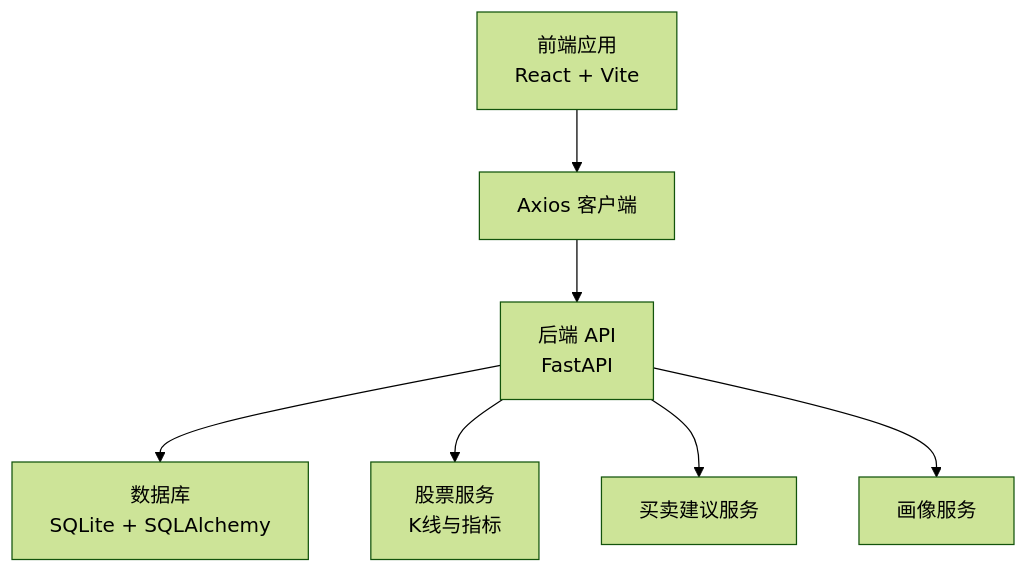
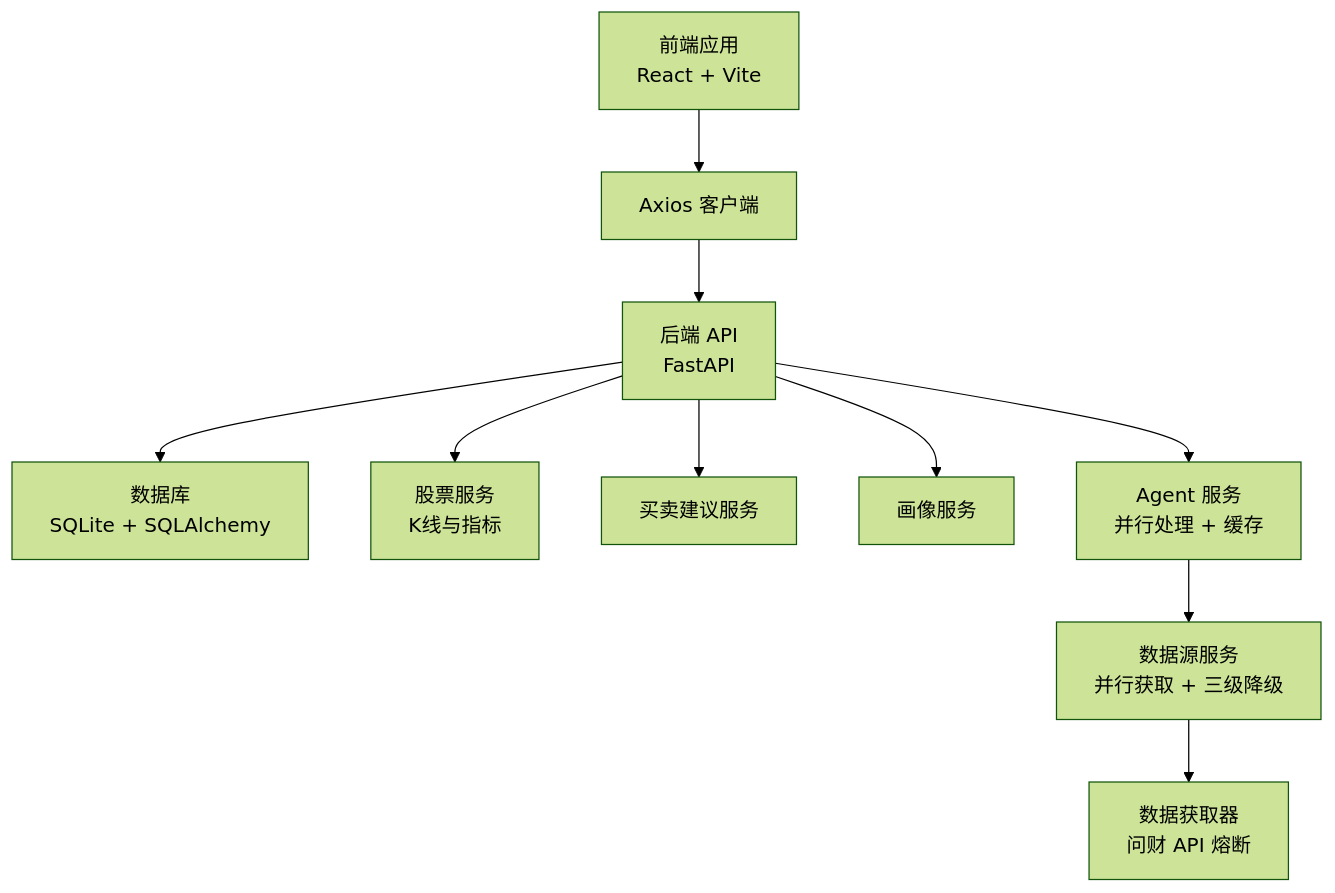
One commit to Moruime/stock_foker changed the first of 7 diagrams in .qoder/repowiki/zh/content/部署运维/性能优化.md. Above: the diagram before and after it, drawn with Mermaid (forest theme). The commit also changed other lines of this file and 22 other files, not shown here.

````diff
--- a/.qoder/repowiki/zh/content/部署运维/性能优化.md
+++ b/.qoder/repowiki/zh/content/部署运维/性能优化.md
@@ -49,9 +64,12 @@
 ```mermaid
 graph TB
 FE["前端应用<br/>React + Vite"] --> AX["Axios 客户端"]
 AX --> API["后端 API<br/>FastAPI"]
 API --> DB["数据库<br/>SQLite + SQLAlchemy"]
 API --> SVC1["股票服务<br/>K线与指标"]
 API --> SVC2["买卖建议服务"]
 API --> SVC3["画像服务"]
+API --> AG["Agent 服务<br/>并行处理 + 缓存"]
+AG --> DS["数据源服务<br/>并行获取 + 三级降级"]
+DS --> DF["数据获取器<br/>问财 API 熔断"]
 ```
````
